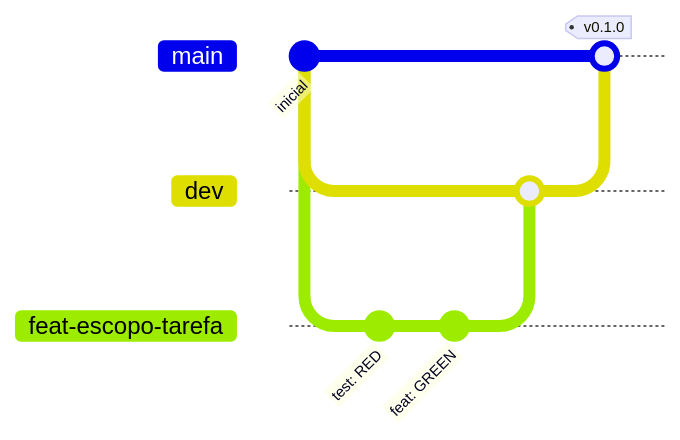
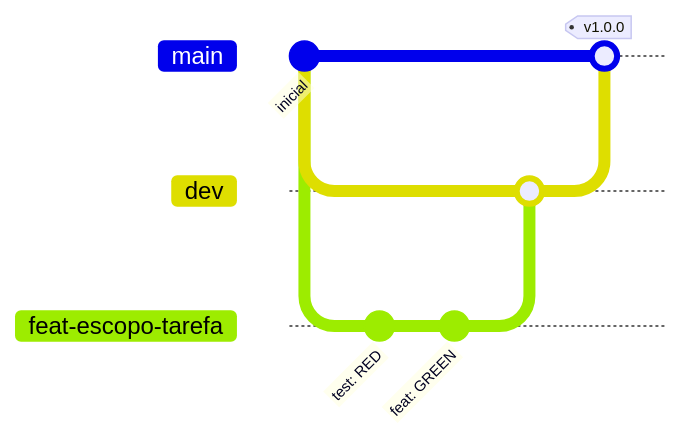
The diagram in CONTRIBUTING.md (Drolpg/Club-Manager), drawn with Mermaid before and after one commit. The commit also changed other lines of this file and 7 other files, not shown here.

````diff
--- a/CONTRIBUTING.md
+++ b/CONTRIBUTING.md
@@ -20,14 +21,14 @@
 ```mermaid
 gitGraph
   commit id: "inicial"
   branch dev
   checkout dev
   branch feat-escopo-tarefa
   checkout feat-escopo-tarefa
   commit id: "test: RED"
   commit id: "feat: GREEN"
   checkout dev
   merge feat-escopo-tarefa
   checkout main
-  merge dev tag: "v0.1.0"
+  merge dev tag: "v1.0.0"
 ```
````
